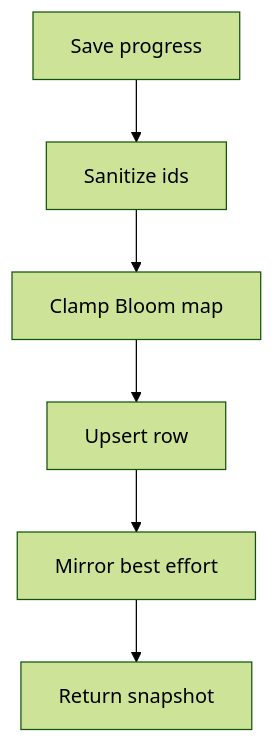
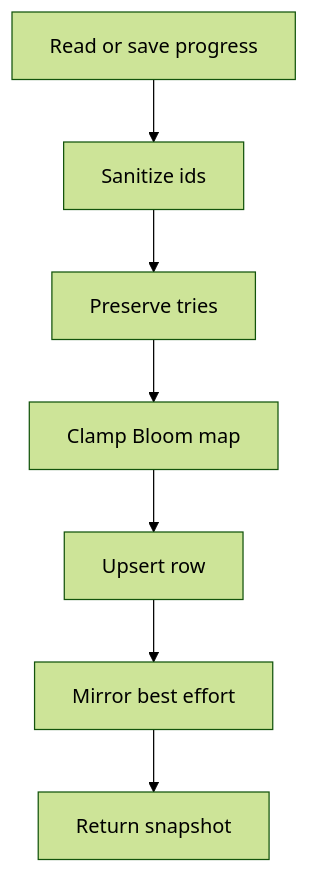
Before and after one commit to JohnAndrewBalbarosa/NeoTerritory: the fourth of 4 diagrams in docs/Codebase/Backend/src/routes/learning.ts.md, drawn with Mermaid (forest theme). The commit also changed other lines of this file and 13 other files, not shown here.

````diff
--- a/docs/Codebase/Backend/src/routes/learning.ts.md
+++ b/docs/Codebase/Backend/src/routes/learning.ts.md
@@ -62,10 +62,11 @@
 ```mermaid
 flowchart TD
-    Start["Save progress"]
+    Start["Read or save progress"]
     N0["Sanitize ids"]
-    N1["Clamp Bloom map"]
-    N2["Upsert row"]
-    N3["Mirror best effort"]
+    N1["Preserve tries"]
+    N2["Clamp Bloom map"]
+    N3["Upsert row"]
+    N4["Mirror best effort"]
     End["Return snapshot"]
-    Start --> N0 --> N1 --> N2 --> N3 --> End
+    Start --> N0 --> N1 --> N2 --> N3 --> N4 --> End
 ```
````
